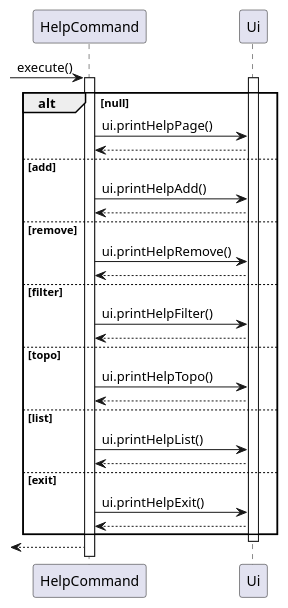
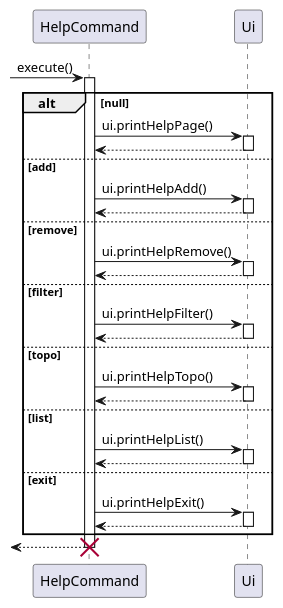
Before and after one commit to ong-ck/tp: the diagram in docs/sequence-diagrams/source-files/HelpFeature.puml, drawn with PlantUML. The commit also changed 10 other files, not shown here.

Commit message:
Edit sequence diagram to be clearer

```diff
--- a/docs/sequence-diagrams/source-files/HelpFeature.puml
+++ b/docs/sequence-diagrams/source-files/HelpFeature.puml
@@ -1,34 +1,39 @@
 @startuml
 
 participant HelpCommand as hc
 participant Ui as ui
 
  -> hc : execute()
  activate hc
-activate ui
     alt null
     hc -> ui : ui.printHelpPage()
-    ui --> hc
+    activate ui
+    return
     else add
     hc -> ui : ui.printHelpAdd()
-    ui --> hc
+    activate ui
+    return
     else remove
     hc -> ui : ui.printHelpRemove()
-    ui --> hc
+    activate ui
+    return
     else filter
     hc -> ui : ui.printHelpFilter()
-    ui --> hc
+    activate ui
+    return
     else topo
     hc -> ui : ui.printHelpTopo()
-    ui --> hc
+    activate ui
+    return
     else list
     hc -> ui : ui.printHelpList()
-    ui --> hc
+    activate ui
+    return
     else exit
     hc -> ui : ui.printHelpExit()
-    ui --> hc
+    activate ui
+    return
    end
-deactivate ui
 <-- hc
-
+destroy hc
 @enduml
```
